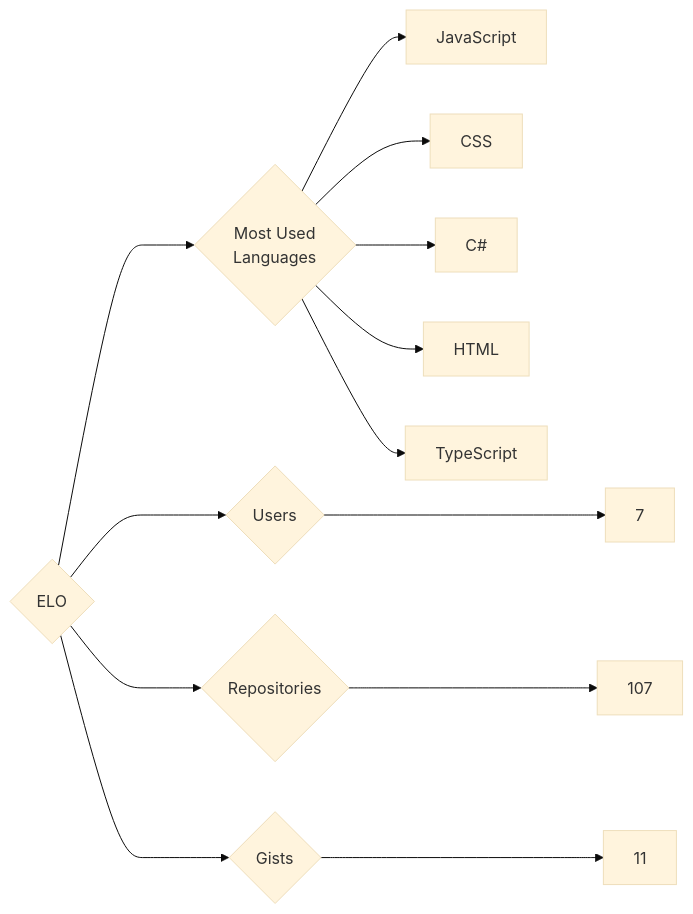
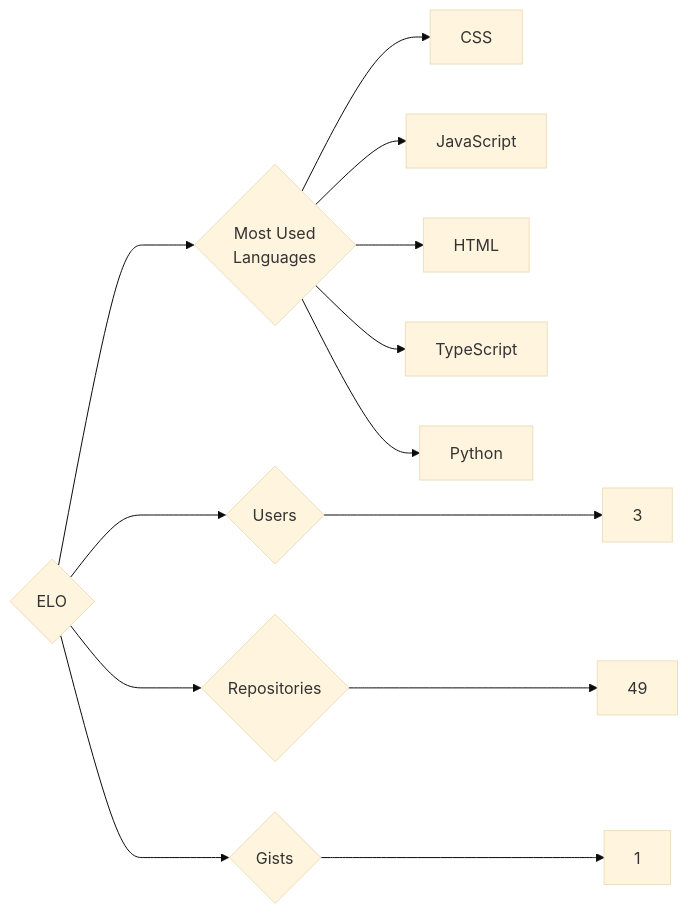
One commit to trickest/insiders changed the diagram in targets/ELO/README.md. Above: the diagram before and after it, drawn with Mermaid (base theme). The commit also changed 1167 other files, not shown here.

````diff
--- a/targets/ELO/README.md
+++ b/targets/ELO/README.md
@@ -3,13 +3,13 @@
 ```mermaid
 graph LR
 COMPANY_NAME{ELO}
-COMPANY_NAME ---> U{Users} ---> UN[7]
-COMPANY_NAME ---> R{Repositories} ---> RN[107]
-COMPANY_NAME ---> G{Gists} ---> GN[11]
+COMPANY_NAME ---> U{Users} ---> UN[3]
+COMPANY_NAME ---> R{Repositories} ---> RN[49]
+COMPANY_NAME ---> G{Gists} ---> GN[1]
 COMPANY_NAME ---> ML{Most Used<br>Languages}
+ML --> CSS[CSS]
 ML --> JavaScript[JavaScript]
-ML --> CSS[CSS]
-ML --> C#[C#]
 ML --> HTML[HTML]
 ML --> TypeScript[TypeScript]
+ML --> Python[Python]
 ```
````
